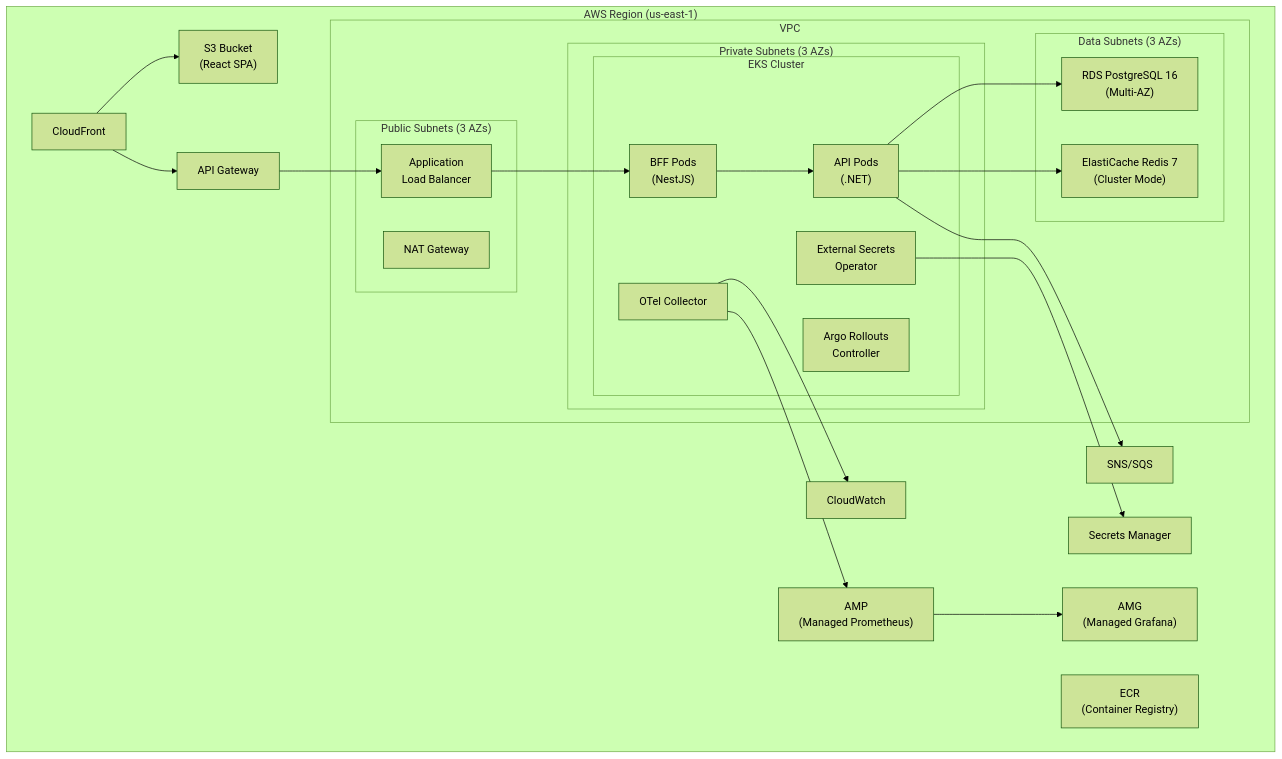
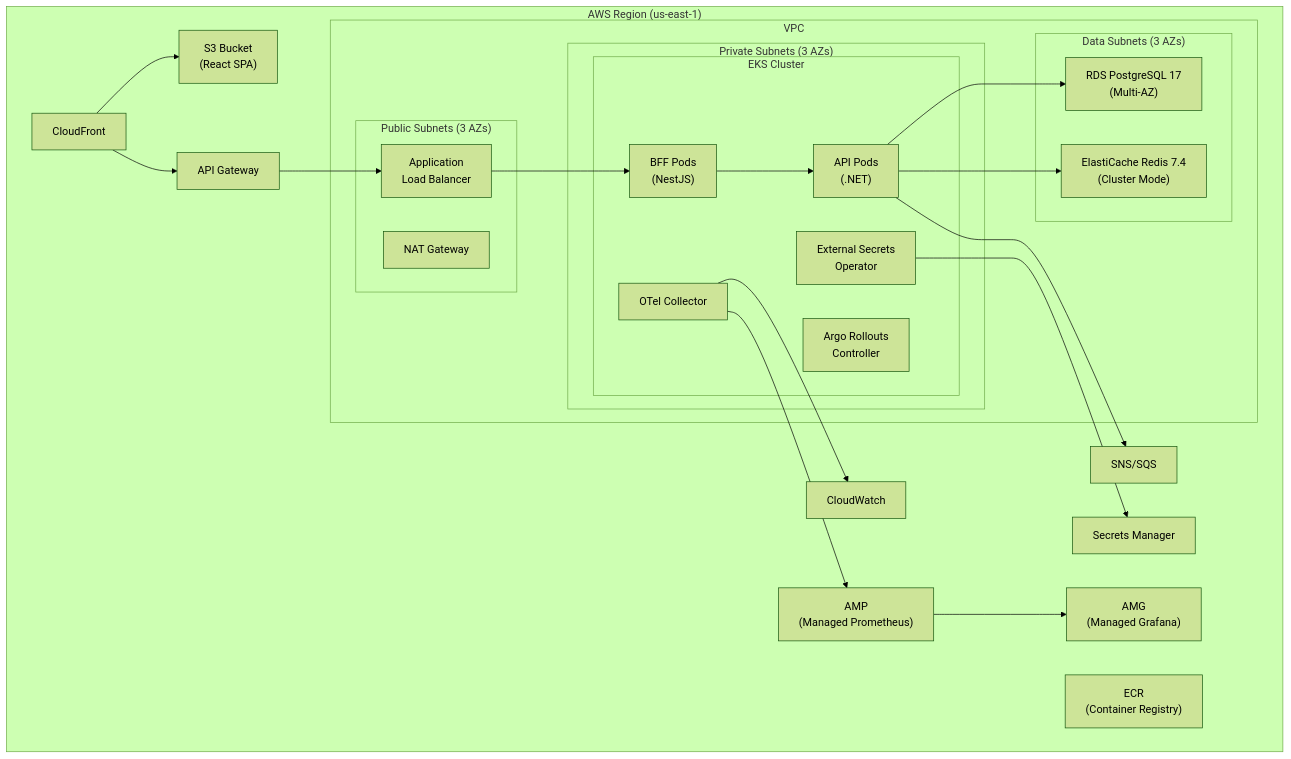
One commit to sukhesh035/employee_budget_allocation changed the diagram in docs/phases/PHASE-8-infra-and-deployment.md. Above: the diagram before and after it, drawn with Mermaid (forest theme). The commit also changed other lines of this file and 11 other files, not shown here.

````diff
--- a/docs/phases/PHASE-8-infra-and-deployment.md
+++ b/docs/phases/PHASE-8-infra-and-deployment.md
@@ -26,48 +26,48 @@
 ```mermaid
 graph TB
     subgraph "AWS Region (us-east-1)"
         CF["CloudFront"]
         S3["S3 Bucket<br/>(React SPA)"]
         APIGW["API Gateway"]
 
         subgraph "VPC"
             subgraph "Public Subnets (3 AZs)"
                 ALB["Application<br/>Load Balancer"]
                 NAT["NAT Gateway"]
             end
 
             subgraph "Private Subnets (3 AZs)"
                 subgraph "EKS Cluster"
                     BFF_POD["BFF Pods<br/>(NestJS)"]
                     API_POD["API Pods<br/>(.NET)"]
                     ARGO["Argo Rollouts<br/>Controller"]
                     ESO["External Secrets<br/>Operator"]
                     OTEL["OTel Collector"]
                 end
             end
 
             subgraph "Data Subnets (3 AZs)"
-                RDS["RDS PostgreSQL 16<br/>(Multi-AZ)"]
-                REDIS["ElastiCache Redis 7<br/>(Cluster Mode)"]
+                RDS["RDS PostgreSQL 17<br/>(Multi-AZ)"]
+                REDIS["ElastiCache Redis 7.4<br/>(Cluster Mode)"]
             end
         end
 
         ECR["ECR<br/>(Container Registry)"]
         SM["Secrets Manager"]
         SNS_SQS["SNS/SQS"]
         CW["CloudWatch"]
         PROM["AMP<br/>(Managed Prometheus)"]
         GRAF["AMG<br/>(Managed Grafana)"]
     end
 
     CF --> S3
     CF --> APIGW
     APIGW --> ALB
     ALB --> BFF_POD
     BFF_POD --> API_POD
     API_POD --> RDS & REDIS
     API_POD --> SNS_SQS
     ESO --> SM
     OTEL --> CW & PROM
     PROM --> GRAF
 ```
````
